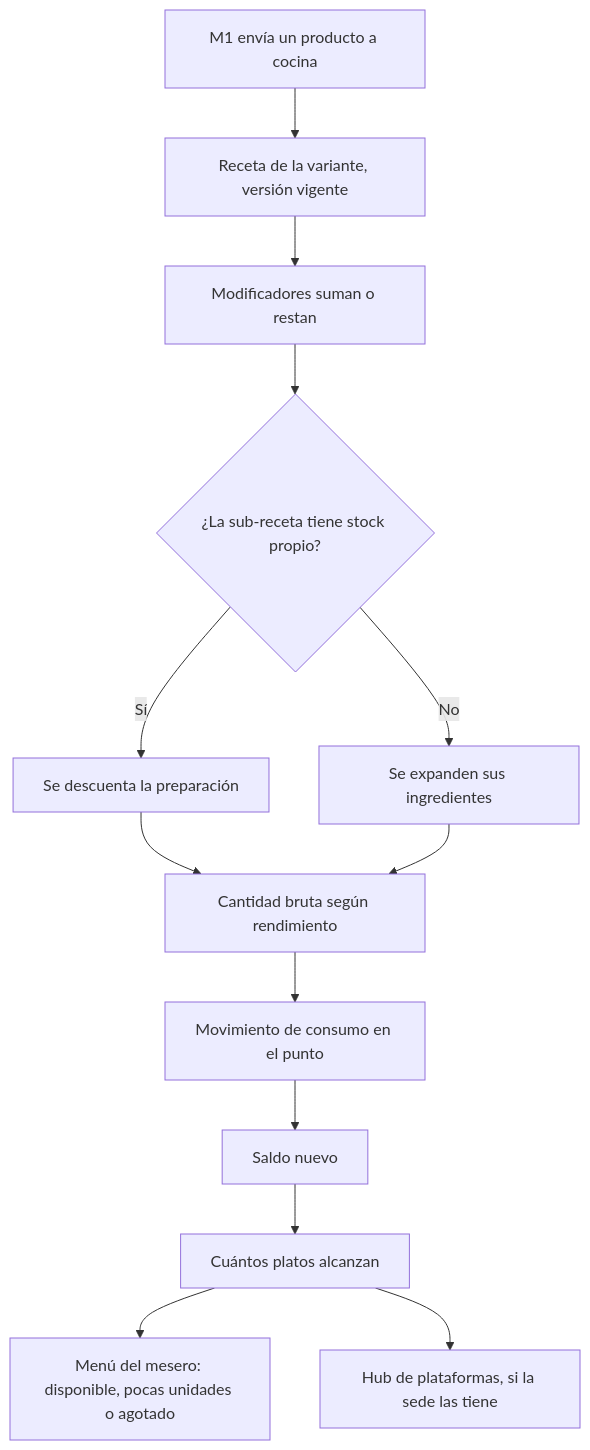
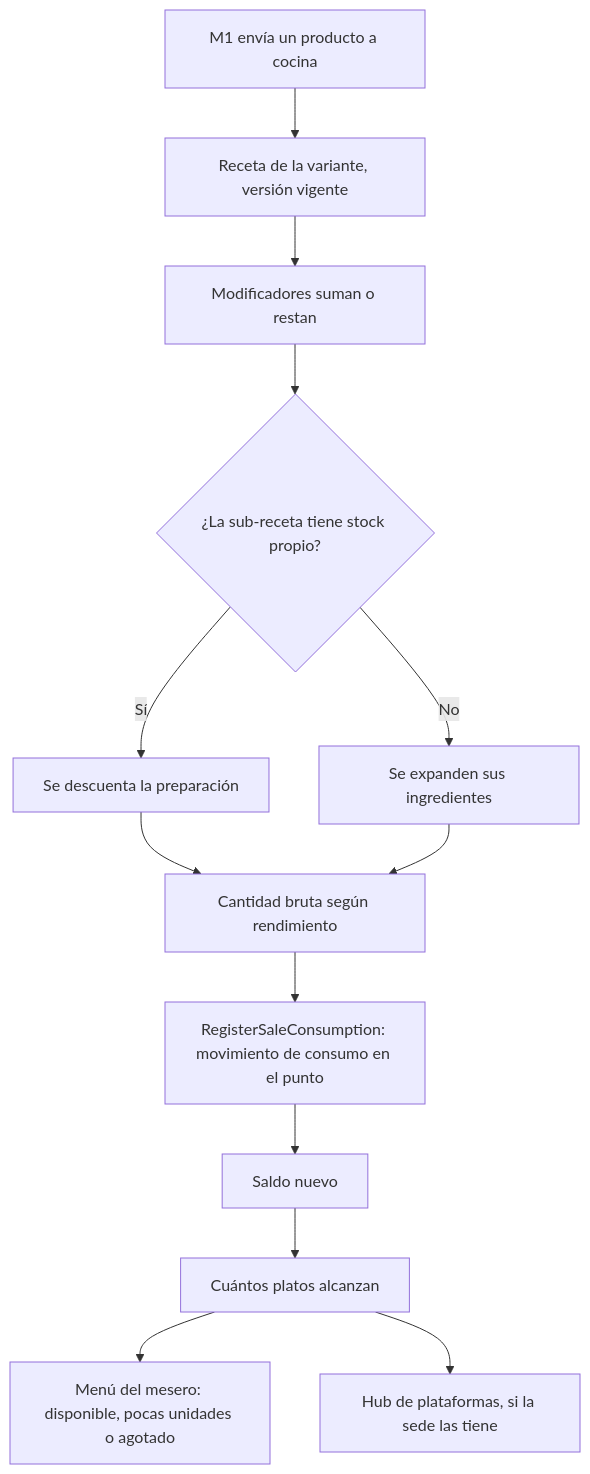
One commit to CesarJOtizM/blackHole changed the first of 7 diagrams in docs/flujos/m4-inventario.md. Above: the diagram before and after it, drawn with Mermaid. The commit also changed other lines of this file and 159 other files, not shown here.

````diff
--- a/docs/flujos/m4-inventario.md
+++ b/docs/flujos/m4-inventario.md
@@ -24,15 +23,15 @@
 ```mermaid
 flowchart TD
   A["M1 envía un producto a cocina"] --> B["Receta de la variante, versión vigente"]
   B --> C["Modificadores suman o restan"]
   C --> D{"¿La sub-receta tiene stock propio?"}
   D -->|Sí| E["Se descuenta la preparación"]
   D -->|No| F["Se expanden sus ingredientes"]
   E --> G["Cantidad bruta según rendimiento"]
   F --> G
-  G --> H["Movimiento de consumo en el punto"]
+  G --> H["RegisterSaleConsumption: movimiento de consumo en el punto"]
   H --> I["Saldo nuevo"]
   I --> J["Cuántos platos alcanzan"]
   J --> K["Menú del mesero: disponible, pocas unidades o agotado"]
   J --> L["Hub de plataformas, si la sede las tiene"]
 ```
````
